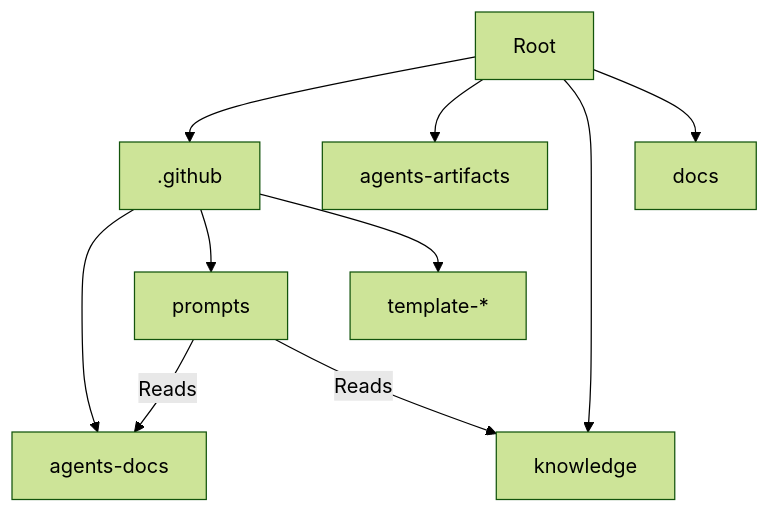
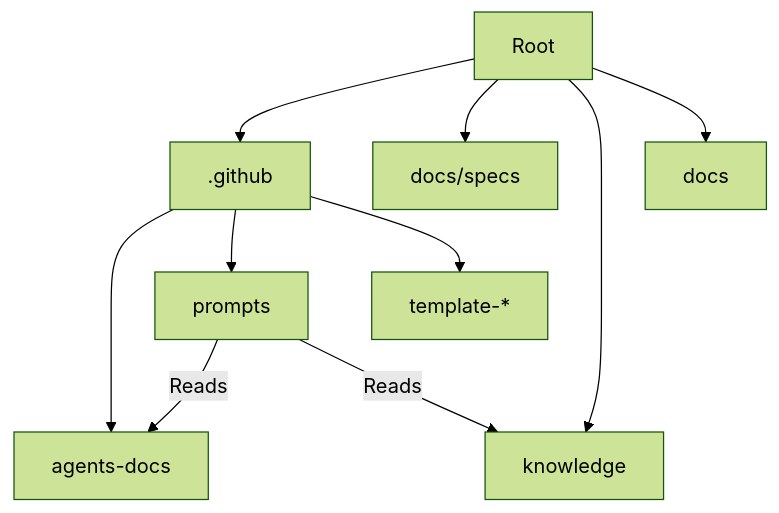
Before and after one commit to LongbowXXX/terraformer: the diagram in agents-docs/directory-structure.md, drawn with Mermaid (forest theme). The commit also changed other lines of this file and 17 other files, not shown here.

````diff
--- a/agents-docs/directory-structure.md
+++ b/agents-docs/directory-structure.md
@@ -60,14 +61,14 @@
 ```mermaid
 graph TD
     Root[Root] --> Github[.github]
     Github --> AgentsDocs[agents-docs]
-    Root --> AgentsArtifacts[agents-artifacts]
+    Root --> Specs[docs/specs]
     Root --> Knowledge[knowledge]
     Root --> Docs[docs]
 
     Github --> Prompts[prompts]
     Github --> Templates[template-*]
 
     Prompts -->|Reads| AgentsDocs
     Prompts -->|Reads| Knowledge
 ```
````
